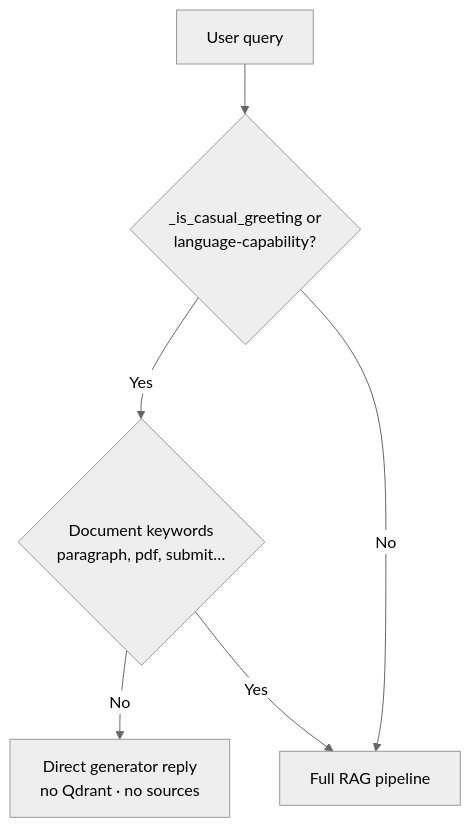
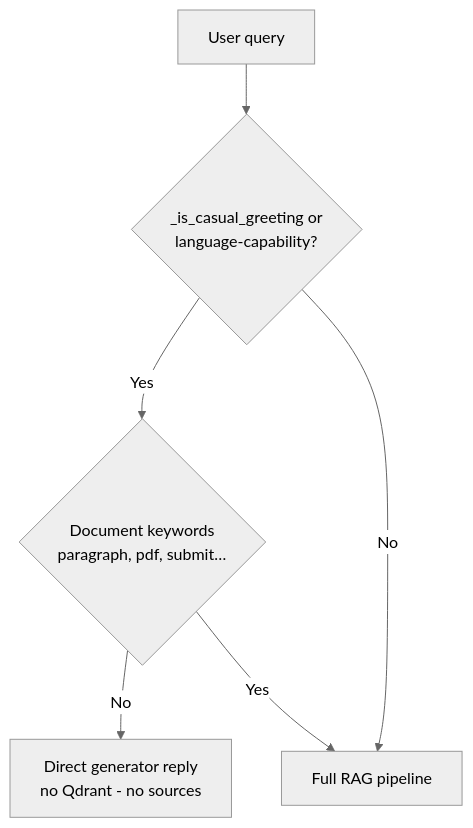
One commit to arshiatehrani/local-multimodal-rag changed the fifth of 17 diagrams in README.md. Above: the diagram before and after it, drawn with Mermaid (neutral theme). The commit also changed other lines of this file, not shown here.

````diff
--- a/README.md
+++ b/README.md
@@ -327,8 +327,8 @@
 ```mermaid
 flowchart TD
   Q[User query] --> M{_is_casual_greeting or<br/>language-capability?}
   M -->|Yes| K{Document keywords<br/>paragraph, pdf, submit…}
-  K -->|No| Fast[Direct generator reply<br/>no Qdrant · no sources]
+  K -->|No| Fast[Direct generator reply<br/>no Qdrant - no sources]
   K -->|Yes| RAG[Full RAG pipeline]
   M -->|No| RAG
 ```
````
